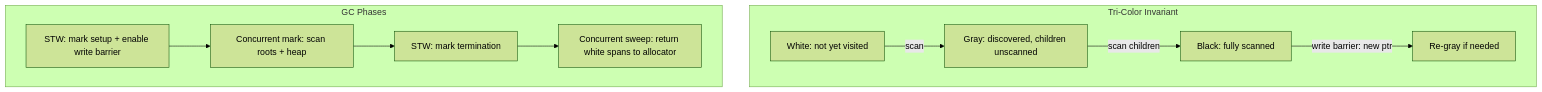
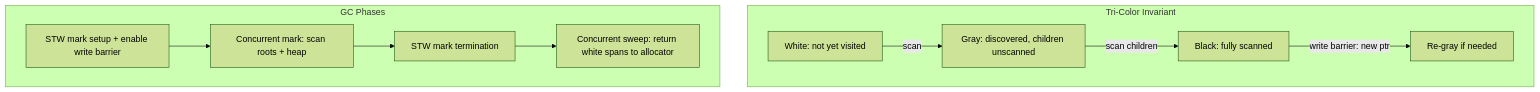
The sixth of 29 diagrams in docs/books/cs-reference/programming-languages-internals.md (choisimo/document), drawn with Mermaid (forest theme) before and after one commit. The commit also changed other lines of this file and 4514 other files, not shown here.

Commit message:
- sequenceDiagram` 내 `;`로 끊기던 메시지/노트 문장 정리 - `stateDiagram` 라벨 내부 추가 `:`/`::` 구문 정리 - `flowchart`에서 줄 끝 `-->` 끊김 체인 정리 - `block-betting` 오타를 `block-beta`로 수정 - 엄격 파서에서 깨지던 수식/특수문자 라벨 일부 ASCII 정규화

````diff
--- a/docs/books/cs-reference/programming-languages-internals.md
+++ b/docs/books/cs-reference/programming-languages-internals.md
@@ -105,14 +105,13 @@
 ```mermaid
 flowchart TD
     subgraph "Tri-Color Invariant"
         White[White: not yet visited] -->|scan| Gray[Gray: discovered, children unscanned]
         Gray -->|scan children| Black[Black: fully scanned]
         Black -->|write barrier: new ptr| Gray2[Re-gray if needed]
     end
     subgraph "GC Phases"
-        P1[STW: mark setup + enable write barrier] -->
-        P2[Concurrent mark: scan roots + heap] -->
-        P3[STW: mark termination] -->
-        P4[Concurrent sweep: return white spans to allocator]
+        P1[STW mark setup + enable write barrier] --> P2[Concurrent mark: scan roots + heap]
+        P2 --> P3[STW mark termination]
+        P3 --> P4[Concurrent sweep: return white spans to allocator]
     end
 ```
````
